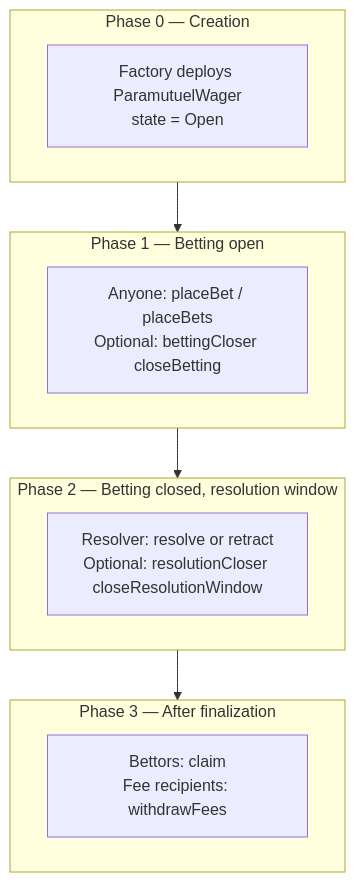
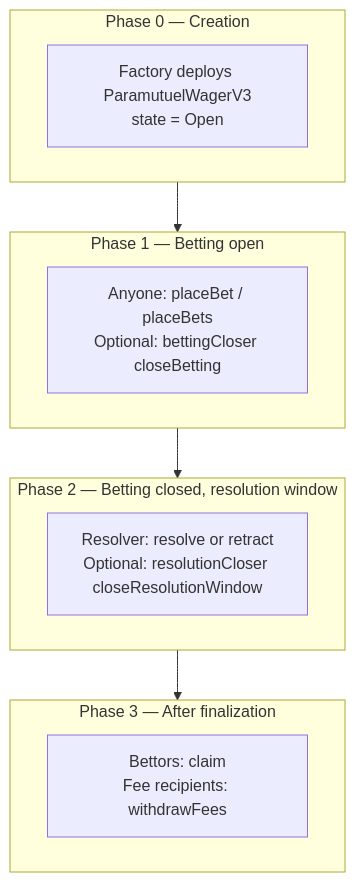
Before and after one commit to autarkenterprises/paramutuel: the second of 3 diagrams in docs/WAGER-LIFECYCLE.md, drawn with Mermaid. The commit also changed other lines of this file and 26 other files, not shown here.

First line of the commit message:
fix(deploy): restore hosted propose flow; add CI; repair broken ops paths (ADR-0020)

````diff
--- a/docs/WAGER-LIFECYCLE.md
+++ b/docs/WAGER-LIFECYCLE.md
@@ -54,18 +54,18 @@
 ```mermaid
 flowchart TB
     subgraph P0["Phase 0 — Creation"]
-        C[Factory deploys ParamutuelWager\nstate = Open]
+        C[Factory deploys ParamutuelWagerV3\nstate = Open]
     end
     subgraph P1["Phase 1 — Betting open"]
         B[Anyone: placeBet / placeBets\nOptional: bettingCloser closeBetting]
     end
     subgraph P2["Phase 2 — Betting closed, resolution window"]
         R[Resolver: resolve or retract\nOptional: resolutionCloser closeResolutionWindow]
     end
     subgraph P3["Phase 3 — After finalization"]
         F[Bettors: claim\nFee recipients: withdrawFees]
     end
     P0 --> P1
     P1 --> P2
     P2 --> P3
 ```
````
